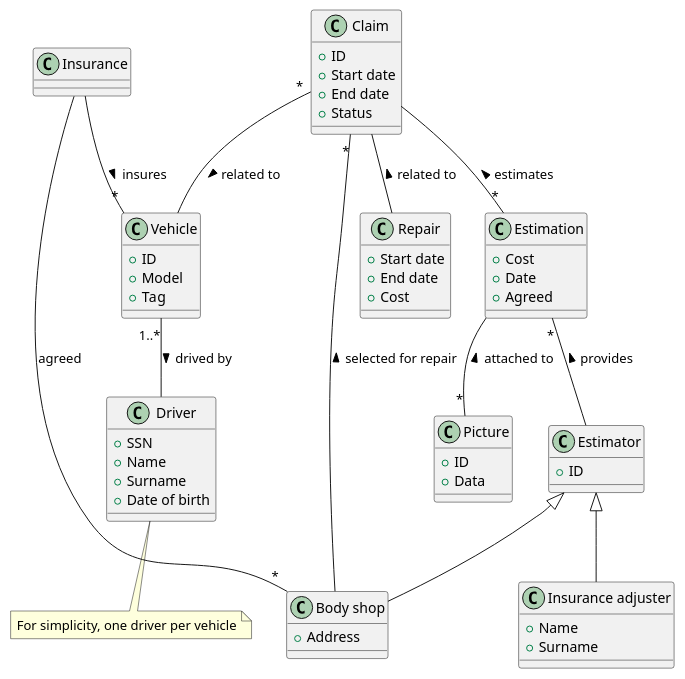
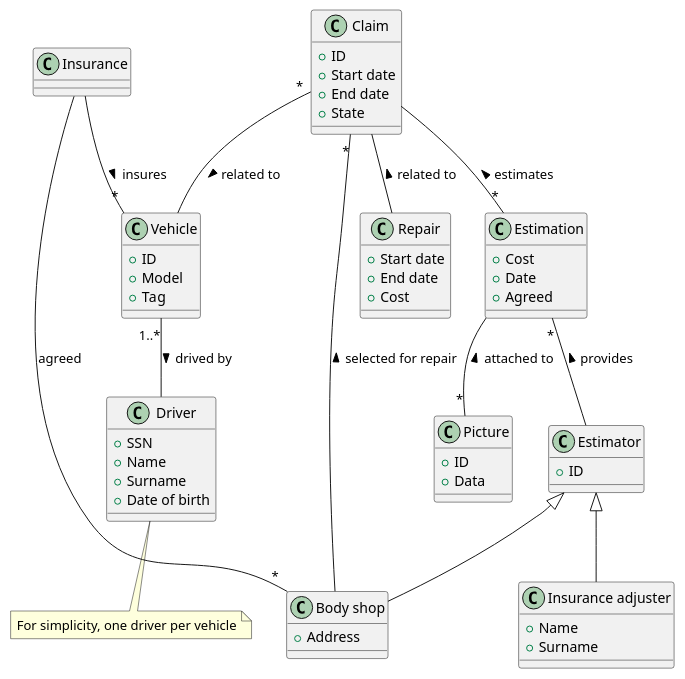
One commit to franco-ruggeri/polito-information-systems changed the diagram in car_damage_repair/models/data.pu. Above: the diagram before and after it, drawn with PlantUML. The commit also changed 2 other files, not shown here.

Commit message:
Add deployment diagram for car damage repair

```diff
--- a/car_damage_repair/models/data.pu
+++ b/car_damage_repair/models/data.pu
@@ -1,61 +1,61 @@
 @startuml
 
 class "Insurance" as I
 class "Body shop" as BS {
 	+Address
 }
 class "Insurance adjuster" as IA {
 	+Name
 	+Surname
 }
 class "Driver" as D {
 	+SSN
 	+Name
 	+Surname
 	+Date of birth
 }
 class "Vehicle" as V {
 	+ID
 	+Model
 	+Tag
 }
 class Estimator {
 	+ID
 }
 class Claim {
 	+ID
 	+Start date
 	+End date
-	+Status
+	+State
 }
 class Estimation {
 	+Cost
 	+Date
 	+Agreed
 }
 class Picture {
 	+ID
 	+Data
 }
 class Repair {
 	+Start date
 	+End date
 	+Cost
 }
 
 I -- "*" BS : agreed
 I -- "*" V : insures >
 V "1..*" -- D : drived by >
 Claim "*" -- V : related to >
 Claim "*" -- BS : selected for repair <
 Claim -- "*" Estimation : estimates <
 Claim -- Repair : related to <
 Estimation -- "*" Picture : attached to <
 Estimation "*" -- Estimator : provides <
 Estimator <|-- BS
 Estimator <|-- IA
 
 note "For simplicity, one driver per vehicle" as N1
 D .. N1
 
 @enduml
```
